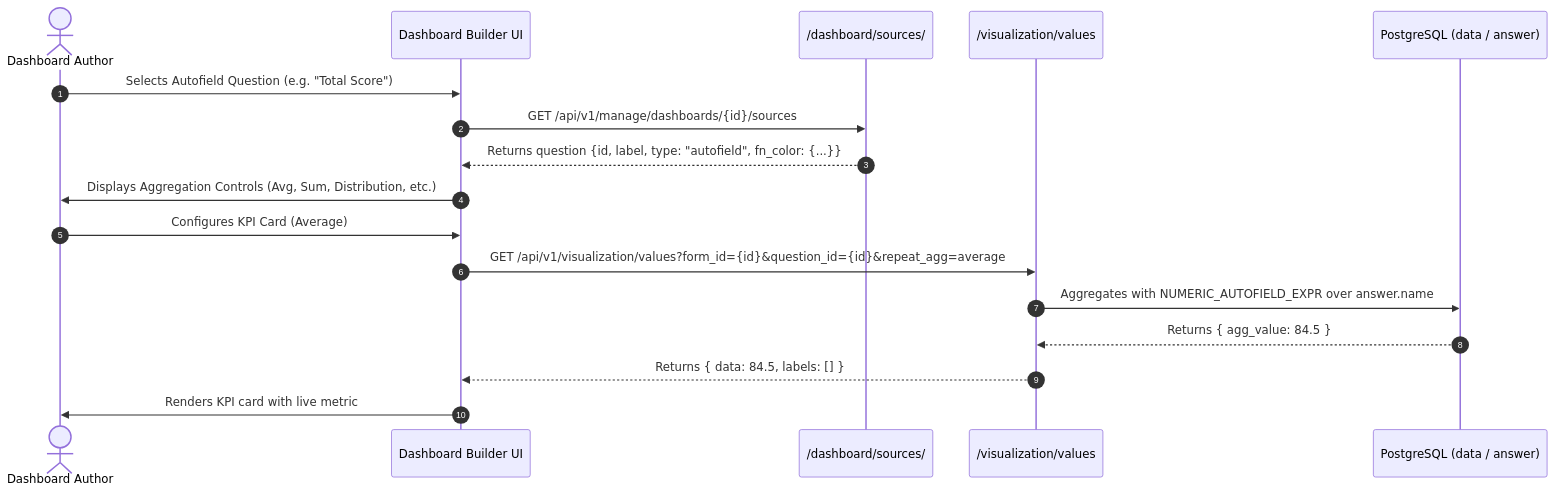
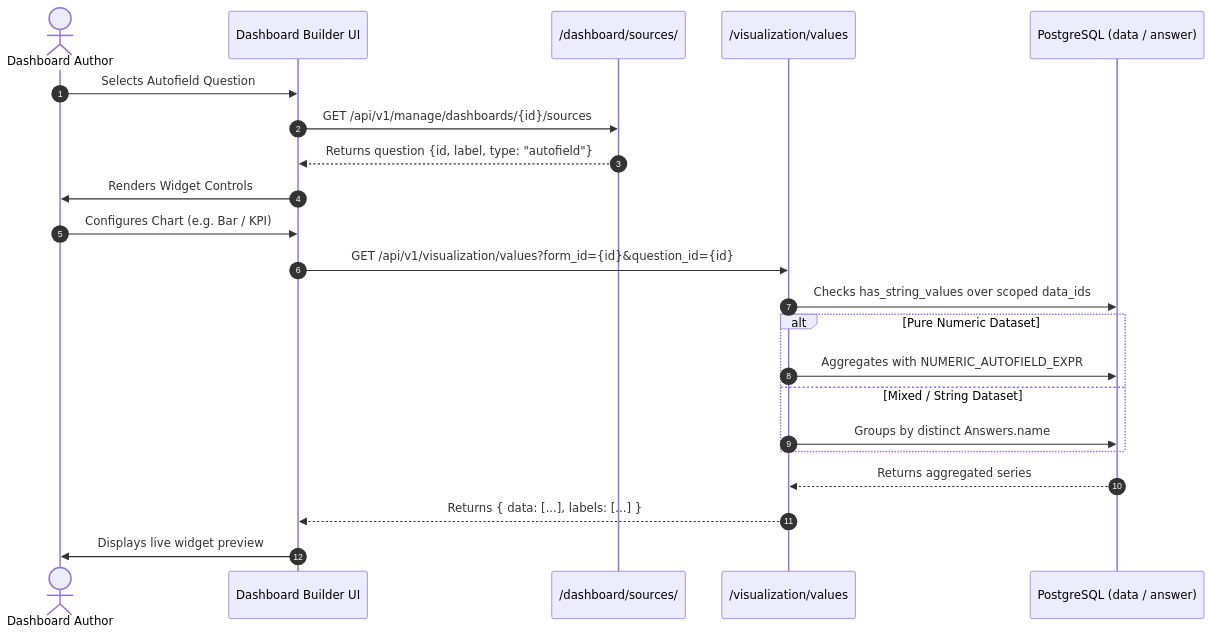
Before and after one commit to akvo/akvo-mis: the diagram in doc/design/VIZ-026-autofield-in-dashboard-visualization.md, drawn with Mermaid. The commit also changed other lines of this file, not shown here.

Commit message:
[#421] docs(design): update VIZ-026 design with mixed values rule, null handling and test protocol

````diff
--- a/doc/design/VIZ-026-autofield-in-dashboard-visualization.md
+++ b/doc/design/VIZ-026-autofield-in-dashboard-visualization.md
@@ -136,20 +179,25 @@
 ```mermaid
 sequenceDiagram
     autonumber
     actor Author as Dashboard Author
     participant Builder as Dashboard Builder UI
     participant SourcesAPI as /dashboard/sources/
     participant ValuesAPI as /visualization/values
     participant DB as PostgreSQL (data / answer)
 
-    Author->>Builder: Selects Autofield Question (e.g. "Total Score")
+    Author->>Builder: Selects Autofield Question
     Builder->>SourcesAPI: GET /api/v1/manage/dashboards/{id}/sources
-    SourcesAPI-->>Builder: Returns question {id, label, type: "autofield", fn_color: {...}}
-    Builder->>Author: Displays Aggregation Controls (Avg, Sum, Distribution, etc.)
-    Author->>Builder: Configures KPI Card (Average)
-    Builder->>ValuesAPI: GET /api/v1/visualization/values?form_id={id}&question_id={id}&repeat_agg=average
-    ValuesAPI->>DB: Aggregates with NUMERIC_AUTOFIELD_EXPR over answer.name
-    DB-->>ValuesAPI: Returns { agg_value: 84.5 }
-    ValuesAPI-->>Builder: Returns { data: 84.5, labels: [] }
-    Builder->>Author: Renders KPI card with live metric
+    SourcesAPI-->>Builder: Returns question {id, label, type: "autofield"}
+    Builder->>Author: Renders Widget Controls
+    Author->>Builder: Configures Chart (e.g. Bar / KPI)
+    Builder->>ValuesAPI: GET /api/v1/visualization/values?form_id={id}&question_id={id}
+    ValuesAPI->>DB: Checks has_string_values over scoped data_ids
+    alt Pure Numeric Dataset
+        ValuesAPI->>DB: Aggregates with NUMERIC_AUTOFIELD_EXPR
+    else Mixed / String Dataset
+        ValuesAPI->>DB: Groups by distinct Answers.name
+    end
+    DB-->>ValuesAPI: Returns aggregated series
+    ValuesAPI-->>Builder: Returns { data: [...], labels: [...] }
+    Builder->>Author: Displays live widget preview
 ```
````
